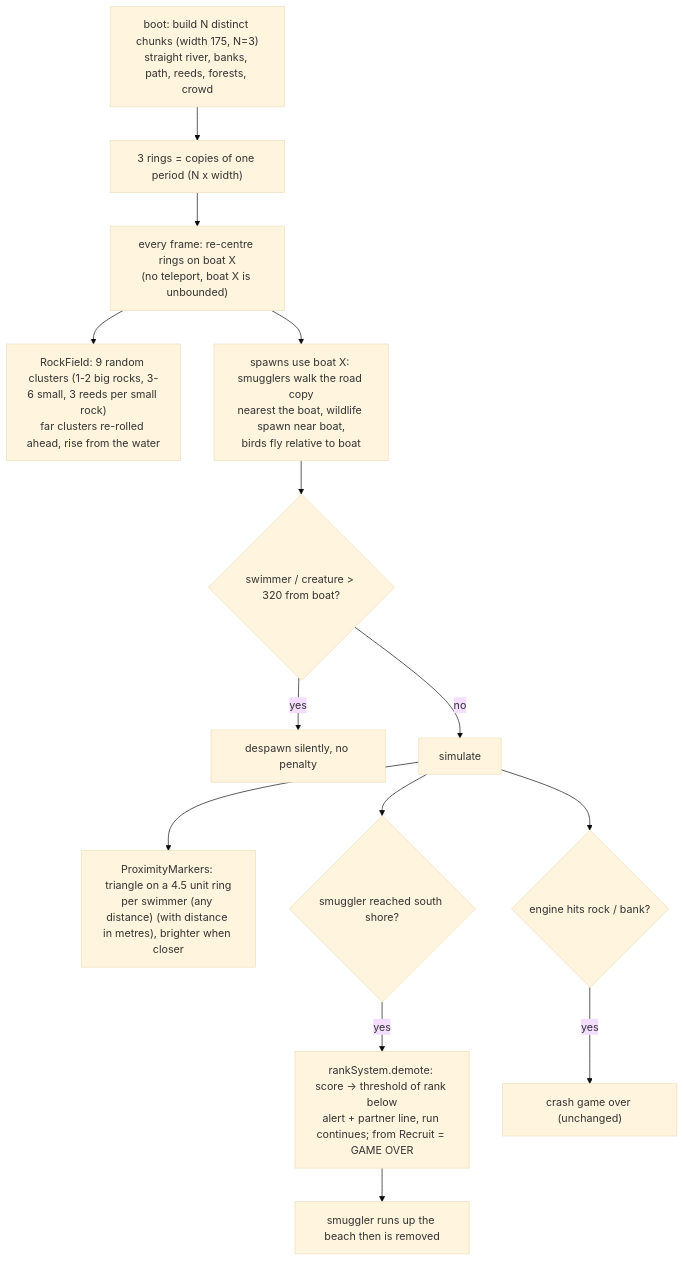
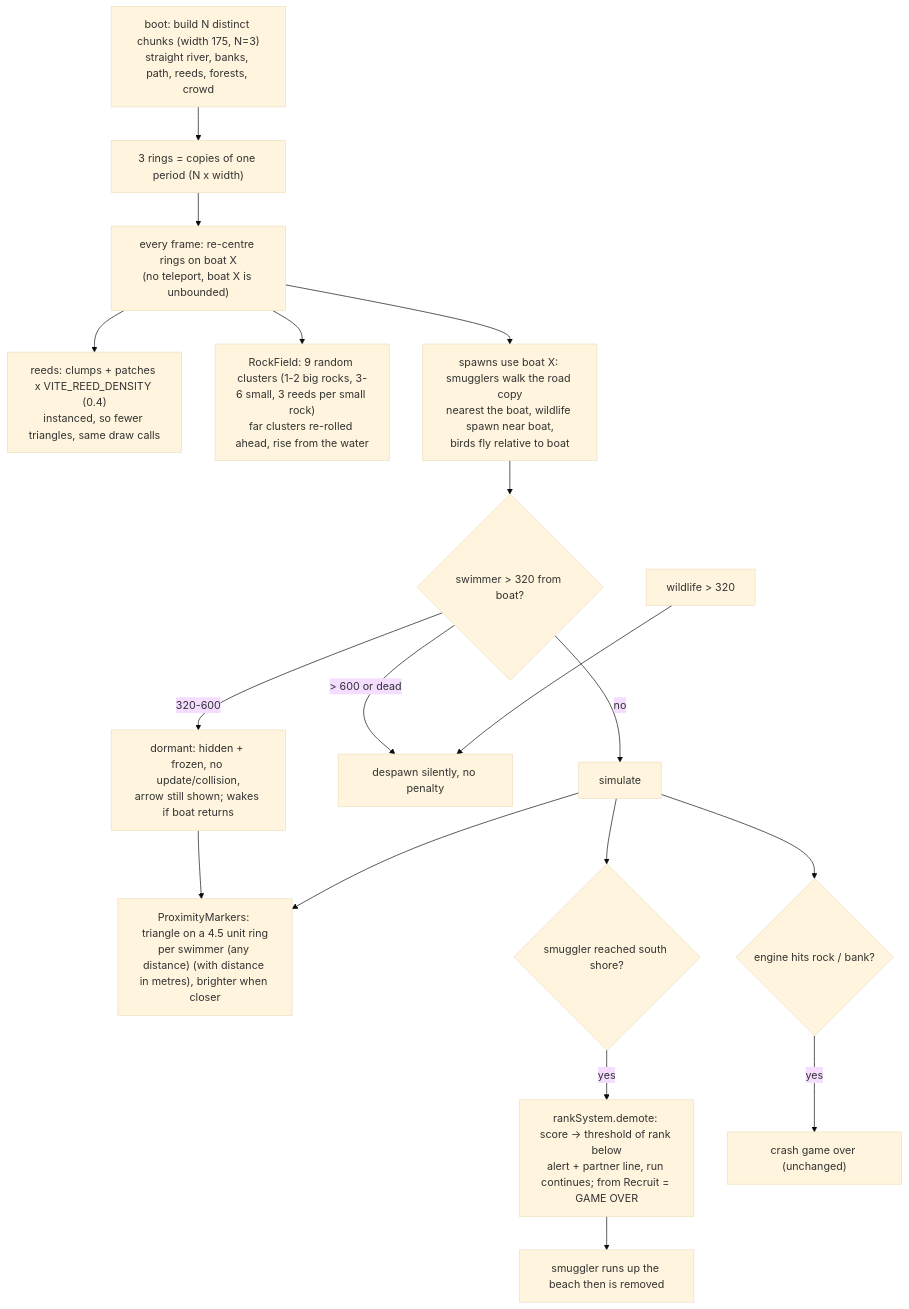
The diagram in docs/features/37-endless-river.md (Protosnake/veslo), drawn with Mermaid (base theme) before and after one commit. The commit also changed other lines of this file and 16 other files, not shown here.

````diff
--- a/docs/features/37-endless-river.md
+++ b/docs/features/37-endless-river.md
@@ -5,16 +5,20 @@
 ```mermaid
 flowchart TD
     A["boot: build N distinct chunks (width 175, N=3)<br/>straight river, banks, path, reeds, forests, crowd"] --> B["3 rings = copies of one period (N x width)"]
     B --> C["every frame: re-centre rings on boat X<br/>(no teleport, boat X is unbounded)"]
+    C --> V["reeds: clumps + patches x VITE_REED_DENSITY (0.4)<br/>instanced, so fewer triangles, same draw calls"]
     C --> D["RockField: 9 random clusters (1-2 big rocks, 3-6 small, 3 reeds per small rock)<br/>far clusters re-rolled ahead, rise from the water"]
     C --> E["spawns use boat X: smugglers walk the road copy<br/>nearest the boat, wildlife spawn near boat,<br/>birds fly relative to boat"]
-    E --> F{"swimmer / creature > 320 from boat?"}
-    F -->|yes| G["despawn silently, no penalty"]
+    E --> F{"swimmer > 320 from boat?"}
+    F -->|"320-600"| D2["dormant: hidden + frozen, no update/collision,<br/>arrow still shown; wakes if boat returns"]
+    F -->|"> 600 or dead"| G["despawn silently, no penalty"]
     F -->|no| H["simulate"]
+    D2 --> M
+    W["wildlife > 320"] --> G
     H --> M["ProximityMarkers: triangle on a 4.5 unit ring<br/>per swimmer (any distance) (with distance in metres), brighter when closer"]
     H --> I{"smuggler reached south shore?"}
     I -->|yes| J["rankSystem.demote: score -> threshold of rank below<br/>alert + partner line, run continues; from Recruit = GAME OVER"]
     J --> K["smuggler runs up the beach then is removed"]
     H --> L{"engine hits rock / bank?"}
     L -->|yes| N["crash game over (unchanged)"]
 ```
````
